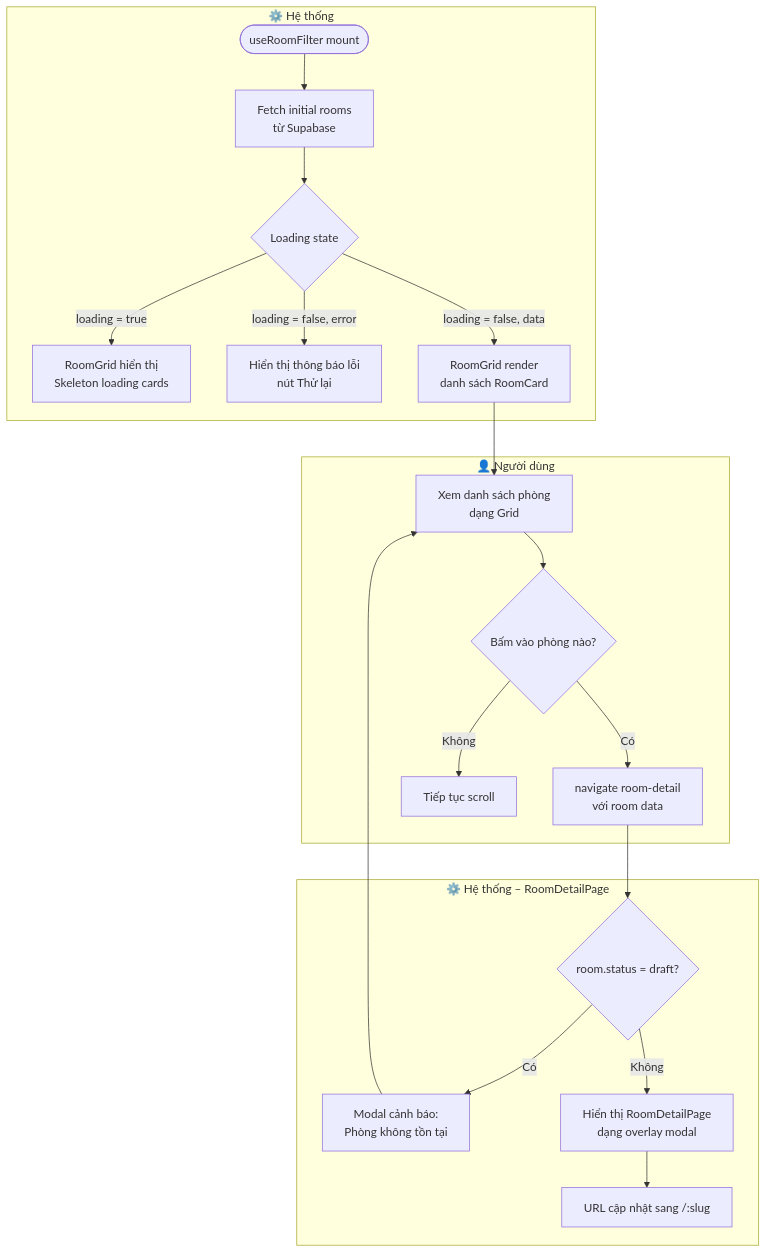
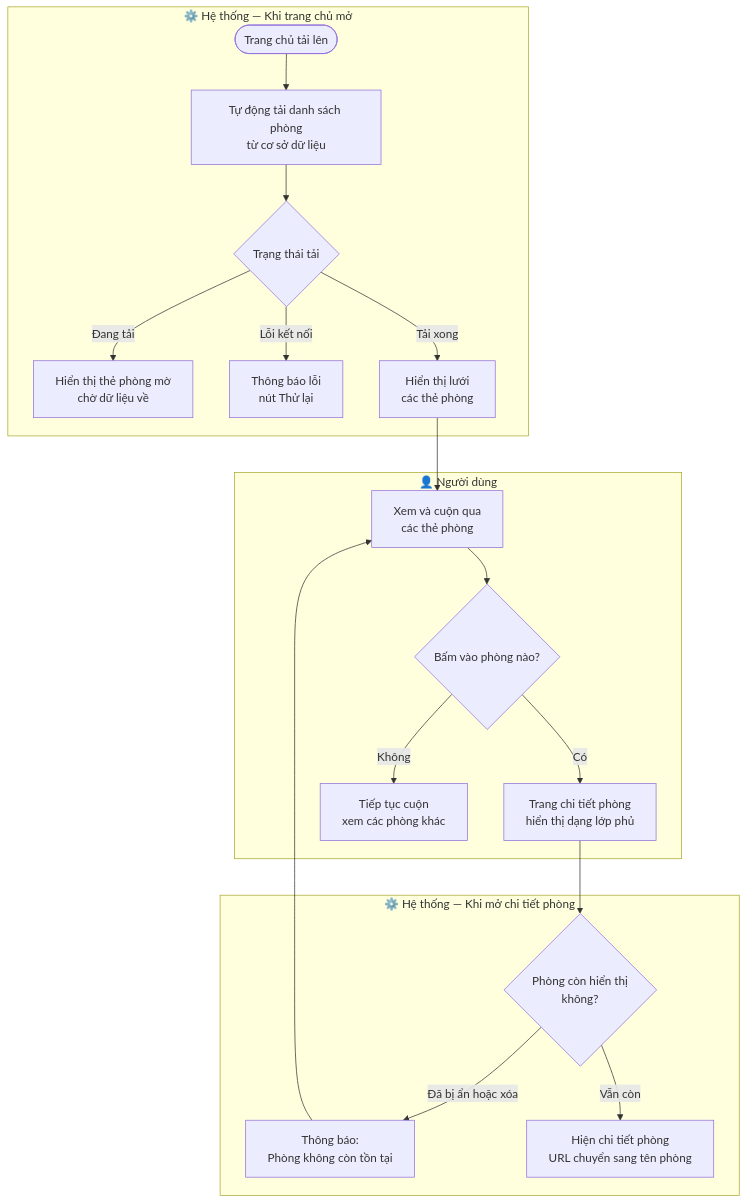
One commit to natelyt12/trotot changed the fourth of 4 diagrams in prj_workflows/02_home_search_workflow.md. Above: the diagram before and after it, drawn with Mermaid. The commit also changed other lines of this file and 5 other files, not shown here.

Commit message:
fix: sửa lại định dạng cho phù hợp với người low-code

````diff
--- a/prj_workflows/02_home_search_workflow.md
+++ b/prj_workflows/02_home_search_workflow.md
@@ -110,25 +108,24 @@
 ```mermaid
 flowchart TD
-    subgraph SYSTEM["⚙️ Hệ thống"]
-        A([useRoomFilter mount]) --> B[Fetch initial rooms\ntừ Supabase]
-        B --> C{Loading state}
-        C -- loading = true --> D[RoomGrid hiển thị\nSkeleton loading cards]
-        C -- loading = false, error --> E[Hiển thị thông báo lỗi\nnút Thử lại]
-        C -- loading = false, data --> F[RoomGrid render\ndanh sách RoomCard]
+    subgraph SYSTEM["⚙️ Hệ thống — Khi trang chủ mở"]
+        A([Trang chủ tải lên]) --> B[Tự động tải danh sách phòng\ntừ cơ sở dữ liệu]
+        B --> C{Trạng thái tải}
+        C -- Đang tải --> D[Hiển thị thẻ phòng mờ\nchờ dữ liệu về]
+        C -- Lỗi kết nối --> E[Thông báo lỗi\nnút Thử lại]
+        C -- Tải xong --> F[Hiển thị lưới\ncác thẻ phòng]
     end
 
     subgraph USER["👤 Người dùng"]
-        F --> G[Xem danh sách phòng\ndạng Grid]
+        F --> G[Xem và cuộn qua\ncác thẻ phòng]
         G --> H{Bấm vào phòng nào?}
-        H -- Có --> I[navigate room-detail\nvới room data]
-        H -- Không --> J[Tiếp tục scroll]
+        H -- Có --> I[Trang chi tiết phòng\nhiển thị dạng lớp phủ]
+        H -- Không --> J[Tiếp tục cuộn\nxem các phòng khác]
     end
 
-    subgraph SYSTEM2["⚙️ Hệ thống – RoomDetailPage"]
-        I --> K{room.status = draft?}
-        K -- Có --> L[Modal cảnh báo:\nPhòng không tồn tại]
-        K -- Không --> M[Hiển thị RoomDetailPage\ndạng overlay modal]
-        M --> N[URL cập nhật sang /:slug]
+    subgraph SYSTEM2["⚙️ Hệ thống — Khi mở chi tiết phòng"]
+        I --> K{Phòng còn hiển thị\nkhông?}
+        K -- Đã bị ẩn hoặc xóa --> L[Thông báo:\nPhòng không còn tồn tại]
+        K -- Vẫn còn --> M[Hiện chi tiết phòng\nURL chuyển sang tên phòng]
         L --> G
     end
 ```
````
